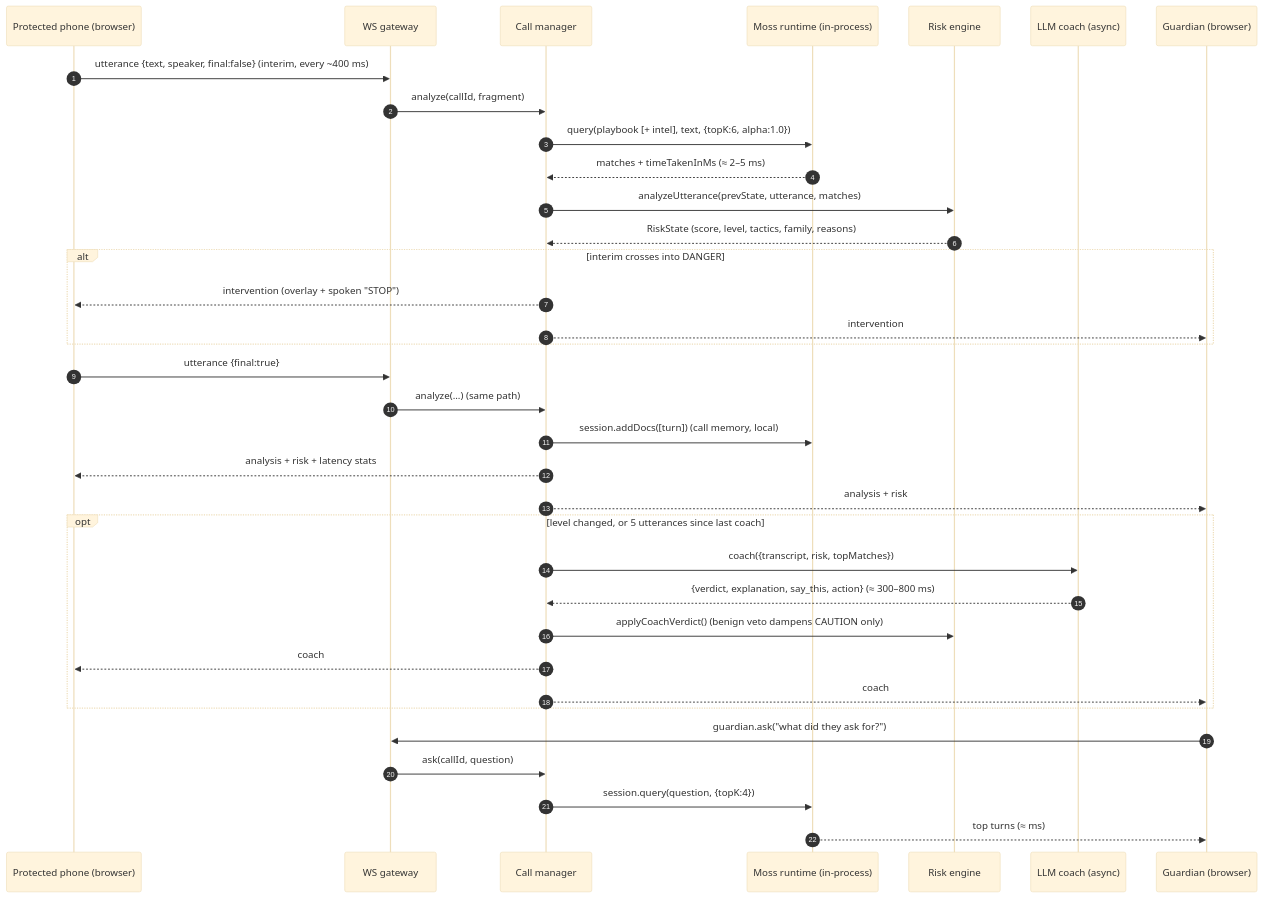
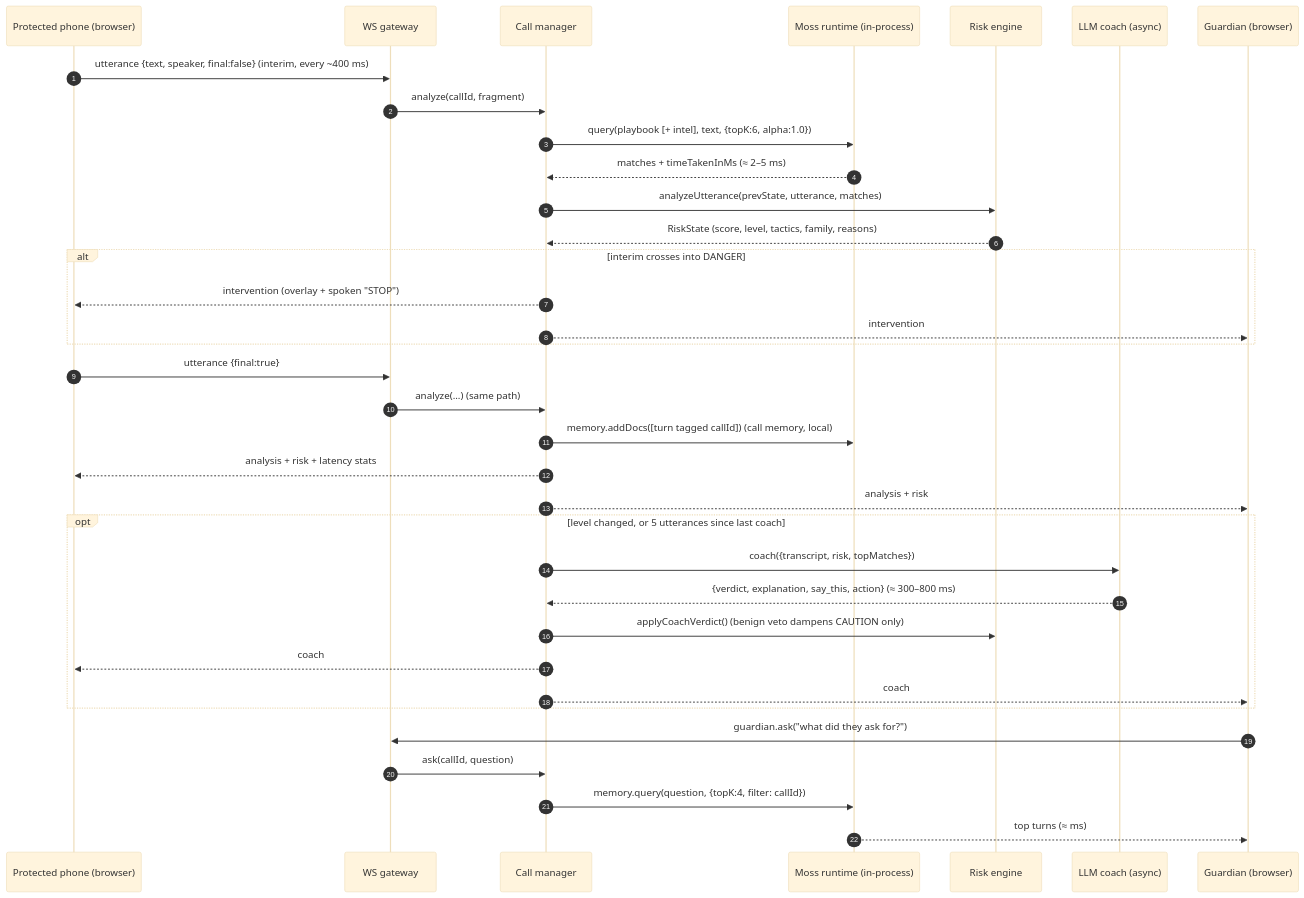
One commit to shi1720/YC-Fall-2026-x-Moss changed the diagram in docs/ARCHITECTURE.md. Above: the diagram before and after it, drawn with Mermaid (base theme). The commit also changed other lines of this file and 16 other files, not shown here.

First line of the commit message:
Robustness: shared call-memory session with call-id filter, ordered WebSocket handling, graceful Moss fallback with retry, index disk cache; PRIVACY.md, engine README, poisoning tests, load test

````diff
--- a/docs/ARCHITECTURE.md
+++ b/docs/ARCHITECTURE.md
@@ -38,38 +38,38 @@
 ```mermaid
 sequenceDiagram
     autonumber
     participant P as Protected phone (browser)
     participant G as WS gateway
     participant C as Call manager
     participant M as Moss runtime (in-process)
     participant R as Risk engine
     participant L as LLM coach (async)
     participant D as Guardian (browser)
 
     P->>G: utterance {text, speaker, final:false}  (interim, every ~400 ms)
     G->>C: analyze(callId, fragment)
     C->>M: query(playbook [+ intel], text, {topK:6, alpha:1.0})
     M-->>C: matches + timeTakenInMs (≈ 2–5 ms)
     C->>R: analyzeUtterance(prevState, utterance, matches)
     R-->>C: RiskState (score, level, tactics, family, reasons)
     alt interim crosses into DANGER
         C-->>P: intervention (overlay + spoken "STOP")
         C-->>D: intervention
     end
     P->>G: utterance {final:true}
     G->>C: analyze(...)  (same path)
-    C->>M: session.addDocs([turn])   (call memory, local)
+    C->>M: memory.addDocs([turn tagged callId])   (call memory, local)
     C-->>P: analysis + risk + latency stats
     C-->>D: analysis + risk
     opt level changed, or 5 utterances since last coach
         C->>L: coach({transcript, risk, topMatches})
         L-->>C: {verdict, explanation, say_this, action}  (≈ 300–800 ms)
         C->>R: applyCoachVerdict()   (benign veto dampens CAUTION only)
         C-->>P: coach
         C-->>D: coach
     end
     D->>G: guardian.ask("what did they ask for?")
     G->>C: ask(callId, question)
-    C->>M: session.query(question, {topK:4})
+    C->>M: memory.query(question, {topK:4, filter: callId})
     M-->>D: top turns (≈ ms)
 ```
````
